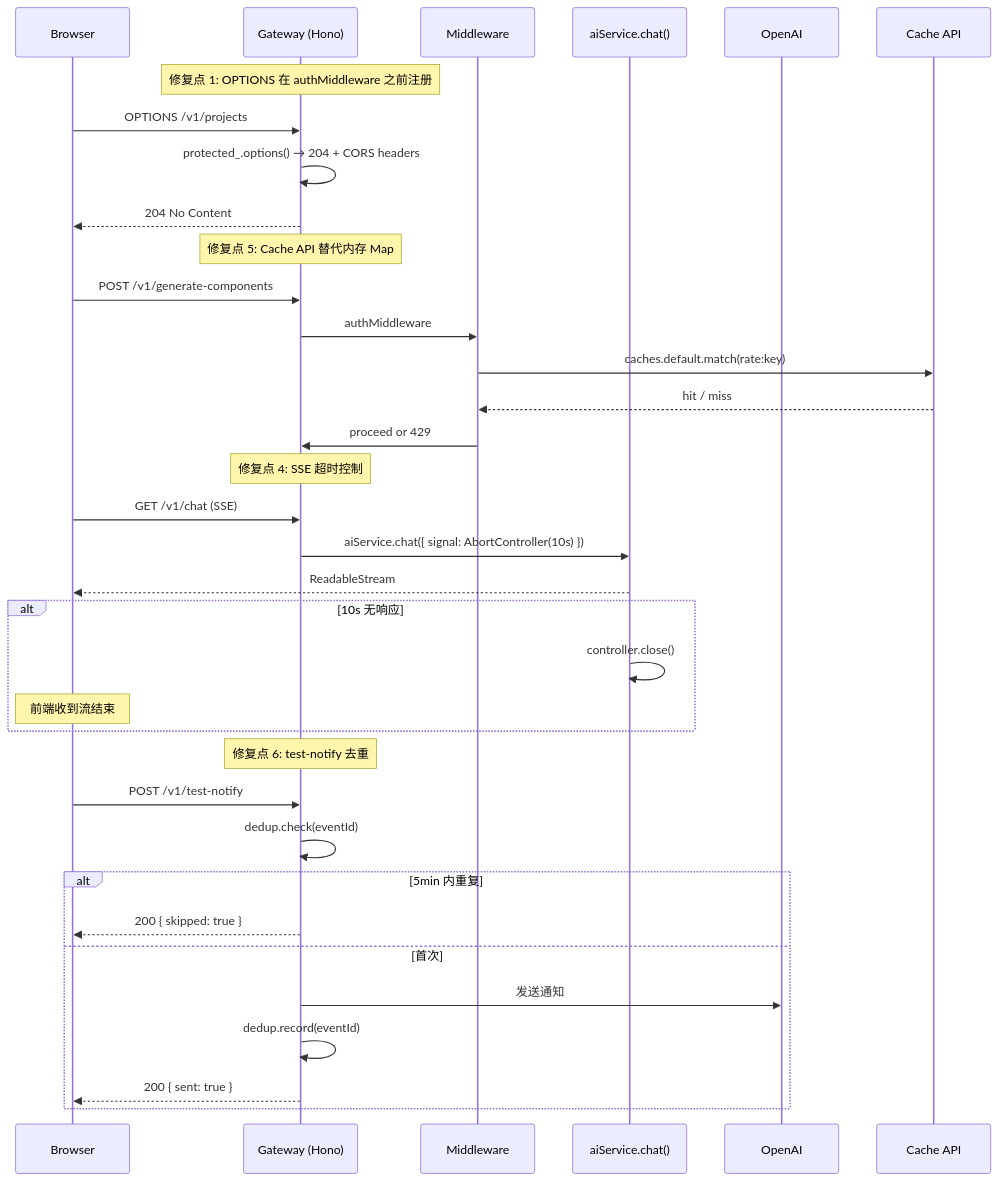
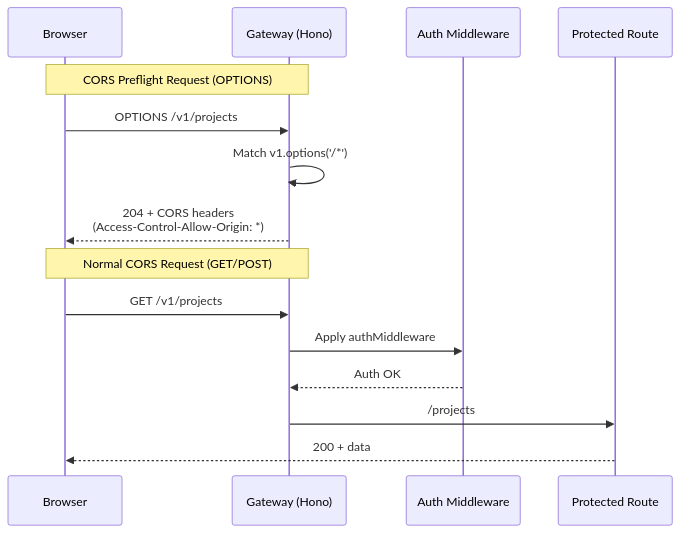
Before and after one commit to MMXC/vibex: the second of 4 diagrams in docs/vibex-pm-proposals-vibex-proposals-20260406/architecture.md, drawn with Mermaid. The commit also changed other lines of this file and 32 other files, not shown here.

````diff
--- a/docs/vibex-pm-proposals-vibex-proposals-20260406/architecture.md
+++ b/docs/vibex-pm-proposals-vibex-proposals-20260406/architecture.md
@@ -116,45 +105,21 @@
 ```mermaid
 sequenceDiagram
-    participant C as Browser
+    participant B as Browser
     participant G as Gateway (Hono)
-    participant M as Middleware
-    participant AI as aiService.chat()
-    participant O as OpenAI
-    participant Cache as Cache API
+    participant Auth as Auth Middleware
+    participant Route as Protected Route
 
-    Note over G: 修复点 1: OPTIONS 在 authMiddleware 之前注册
+    Note over B,G: CORS Preflight Request (OPTIONS)
 
-    C->>G: OPTIONS /v1/projects
-    G->>G: protected_.options() → 204 + CORS headers
-    G-->>C: 204 No Content
+    B->>G: OPTIONS /v1/projects
+    G->>G: Match v1.options('/*')
+    G-->>B: 204 + CORS headers<br/>(Access-Control-Allow-Origin: *)
 
-    Note over G: 修复点 5: Cache API 替代内存 Map
+    Note over B,G: Normal CORS Request (GET/POST)
 
-    C->>G: POST /v1/generate-components
-    G->>M: authMiddleware
-    M->>Cache: caches.default.match(rate:key)
-    Cache-->>M: hit / miss
-    M->>G: proceed or 429
-
-    Note over G: 修复点 4: SSE 超时控制
-
-    C->>G: GET /v1/chat (SSE)
-    G->>AI: aiService.chat({ signal: AbortController(10s) })
-    AI-->>C: ReadableStream
-    alt 10s 无响应
-        AI->>AI: controller.close()
-        Note over C: 前端收到流结束
-    end
-
-    Note over G: 修复点 6: test-notify 去重
-
-    C->>G: POST /v1/test-notify
-    G->>G: dedup.check(eventId)
-    alt 5min 内重复
-        G-->>C: 200 { skipped: true }
-    else 首次
-        G->>O: 发送通知
-        G->>G: dedup.record(eventId)
-        G-->>C: 200 { sent: true }
-    end
+    B->>G: GET /v1/projects
+    G->>Auth: Apply authMiddleware
+    Auth-->>G: Auth OK
+    G->>Route: /projects
+    Route-->>B: 200 + data
 ```
````
